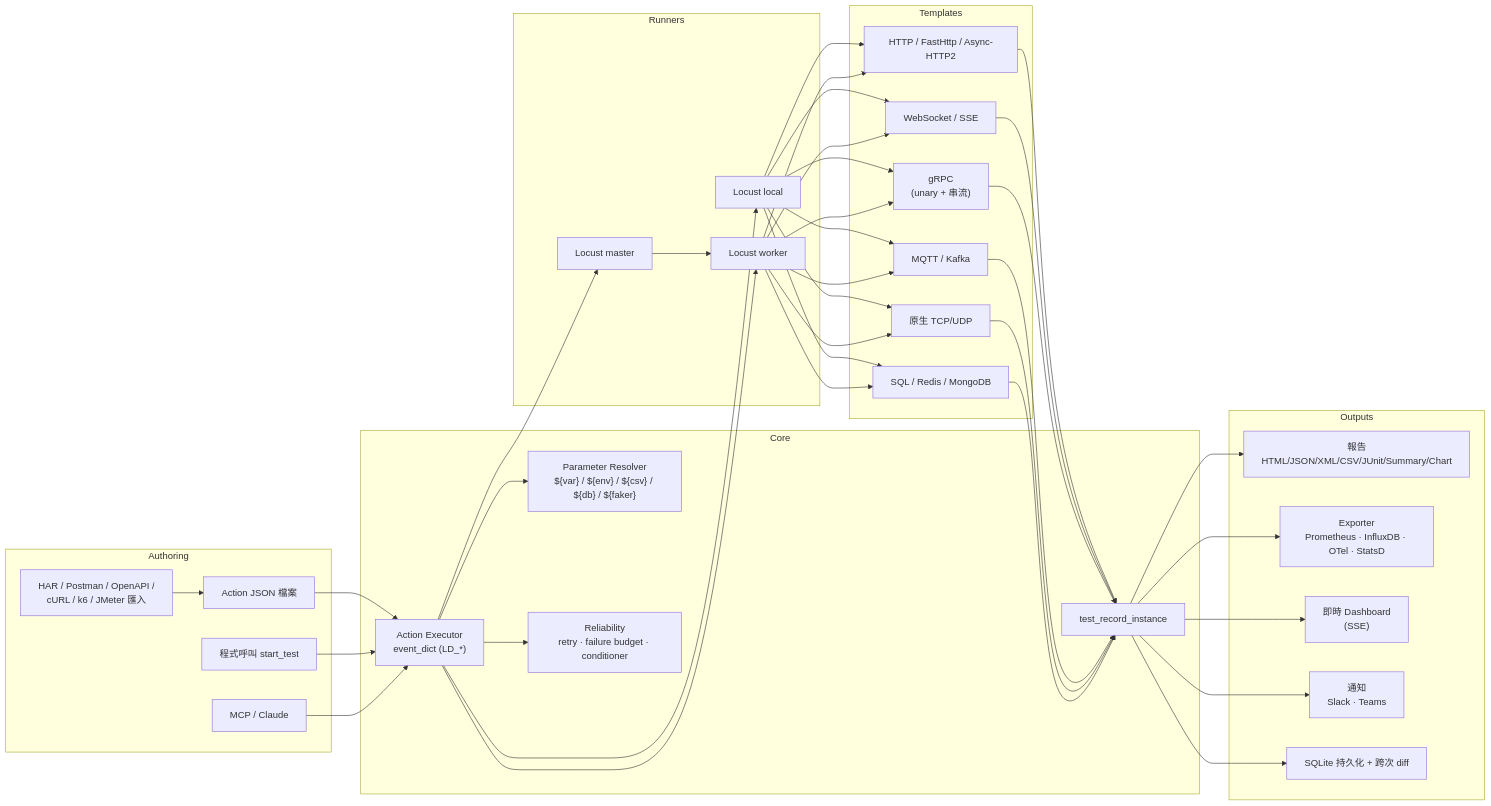
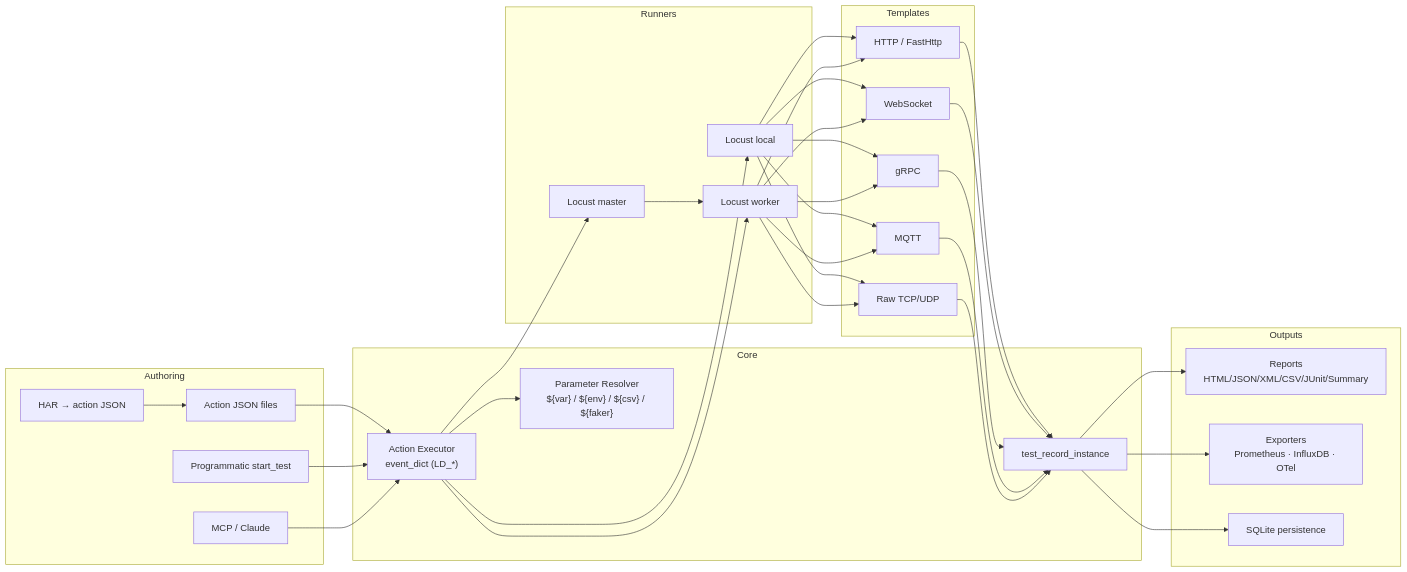
The first of 3 diagrams in README/README_zh-TW.md (Integration-Automation/LoadDensity), drawn with Mermaid before and after one commit. The commit also changed other lines of this file and 1 other file, not shown here.

````diff
--- a/README/README_zh-TW.md
+++ b/README/README_zh-TW.md
@@ -154,54 +160,51 @@
 ```mermaid
 flowchart LR
   subgraph Authoring
-    A1["Action JSON 檔案"]
-    A2["程式呼叫 start_test"]
-    A3["HAR / Postman / OpenAPI /<br/>cURL / k6 / JMeter 匯入"]
+    A1["Action JSON files"]
+    A2["Programmatic start_test"]
+    A3["HAR → action JSON"]
     A4["MCP / Claude"]
   end
 
   subgraph Core
     EXE["Action Executor<br/>event_dict (LD_*)"]
-    RES["Parameter Resolver<br/>${var} / ${env} / ${csv} / ${db} / ${faker}"]
+    RES["Parameter Resolver<br/>${var} / ${env} / ${csv} / ${faker}"]
     REC["test_record_instance"]
-    REL["Reliability<br/>retry · failure budget · conditioner"]
   end
 
   subgraph Runners
     LOC["Locust local"]
     MAS["Locust master"]
     WRK["Locust worker"]
   end
 
   subgraph Templates
-    HTTP["HTTP / FastHttp / Async-HTTP2"]
-    WS["WebSocket / SSE"]
-    GRPC["gRPC<br/>(unary + 串流)"]
-    MQ["MQTT / Kafka"]
-    SOCK["原生 TCP/UDP"]
-    DATA["SQL / Redis / MongoDB"]
+    HTTP["HTTP / FastHttp"]
+    WS["WebSocket"]
+    GRPC["gRPC"]
+    MQTT["MQTT"]
+    SOCK["Raw TCP/UDP"]
   end
 
   subgraph Outputs
-    REP["報告<br/>HTML/JSON/XML/CSV/JUnit/Summary/Chart"]
-    EXP["Exporter<br/>Prometheus · InfluxDB · OTel · StatsD"]
-    DASH["即時 Dashboard<br/>(SSE)"]
-    NOT["通知<br/>Slack · Teams"]
-    SQL["SQLite 持久化 + 跨次 diff"]
+    REP["Reports<br/>HTML/JSON/XML/CSV/JUnit/Summary"]
+    EXP["Exporters<br/>Prometheus · InfluxDB · OTel"]
+    SQL["SQLite persistence"]
   end
 
   A1 --> EXE
   A2 --> EXE
   A3 --> A1
   A4 --> EXE
   EXE --> RES
-  EXE --> REL
   EXE --> LOC
   EXE --> MAS
   EXE --> WRK
-  LOC --> HTTP & WS & GRPC & MQ & SOCK & DATA
+  LOC --> HTTP & WS & GRPC & MQTT & SOCK
   MAS --> WRK
-  WRK --> HTTP & WS & GRPC & MQ & SOCK & DATA
-  HTTP & WS & GRPC & MQ & SOCK & DATA --> REC
-  REC --> REP & EXP & DASH & NOT & SQL
+  WRK --> HTTP & WS & GRPC & MQTT & SOCK
+  HTTP & WS & GRPC & MQTT & SOCK --> REC
+  REC --> REP
+  REC --> EXP
+  REC --> SQL
 ```
````
